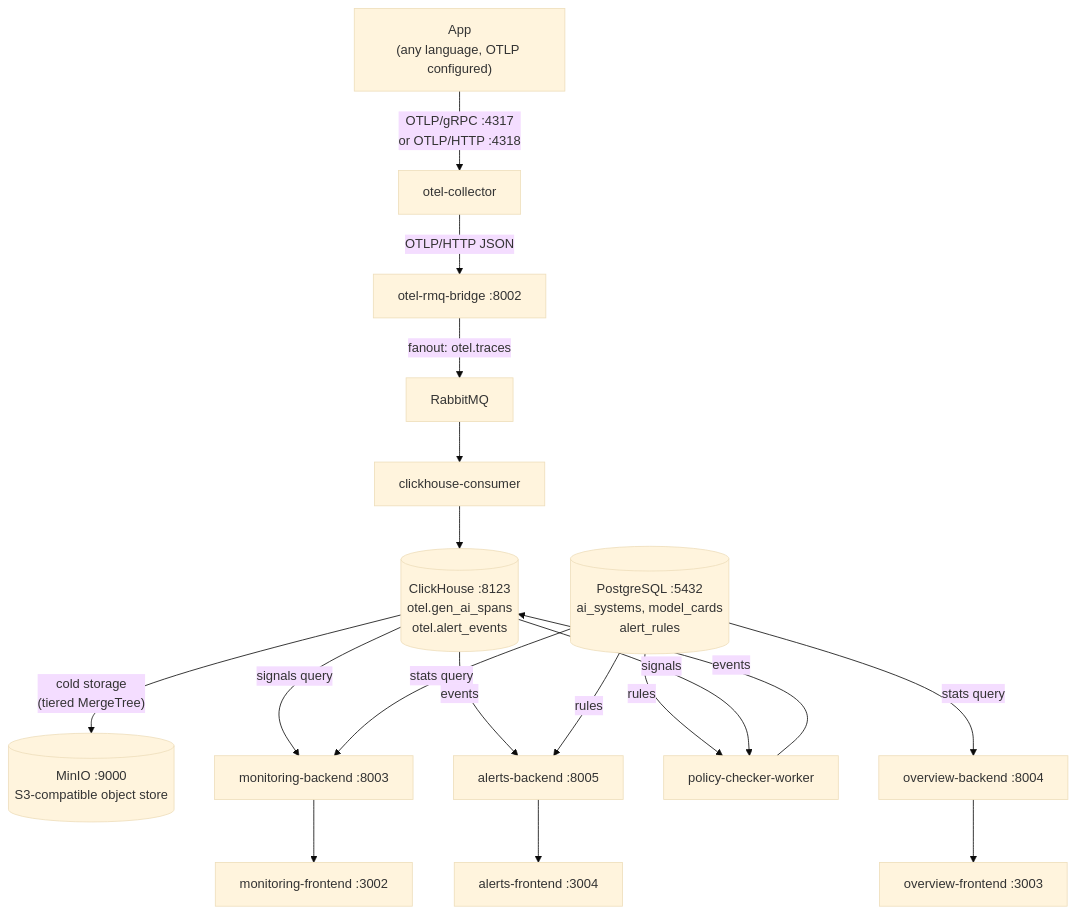
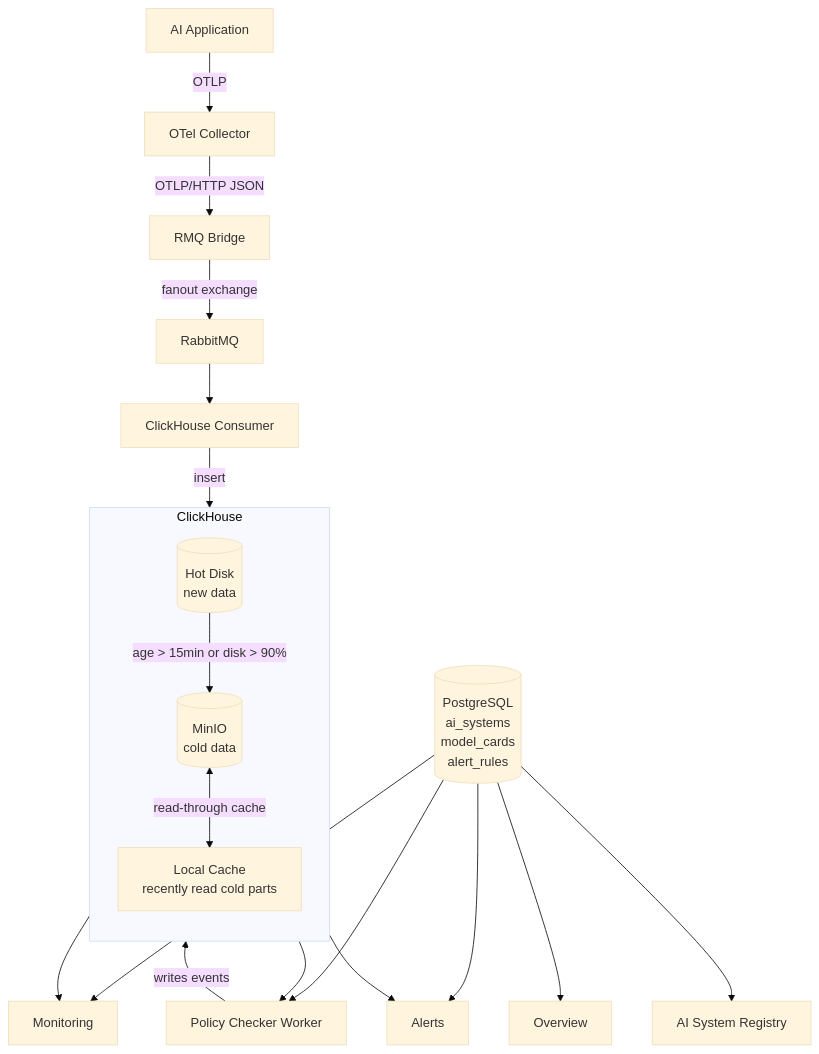
One commit to AI-Trust-Services/ai-trust-platform changed the first of 2 diagrams in docs/architecture.md. Above: the diagram before and after it, drawn with Mermaid (base theme). The commit also changed other lines of this file and 1 other file, not shown here.

Commit message:
Minio caching with clickhouse (#56)
* Minio caching with clickhouse

* update architecture.md

* modify storage.xml

* modify architecture.md

* refactor

````diff
--- a/docs/architecture.md
+++ b/docs/architecture.md
@@ -57,22 +57,28 @@
 ```mermaid
 flowchart TD
-    App["App\n(any language, OTLP configured)"]
+    App["AI Application"]
 
-    App -->|"OTLP/gRPC :4317\nor OTLP/HTTP :4318"| Collector["otel-collector"]
-    Collector -->|"OTLP/HTTP JSON"| Bridge["otel-rmq-bridge :8002"]
-    Bridge -->|"fanout: otel.traces"| RMQ["RabbitMQ"]
-    RMQ --> CH["clickhouse-consumer"]
-    CH --> ClickHouse[("ClickHouse :8123\notel.gen_ai_spans\notel.alert_events")]
-    ClickHouse -->|"cold storage\n(tiered MergeTree)"| MinIO[("MinIO :9000\nS3-compatible object store")]
-    ClickHouse -->|"signals query"| MonBackend["monitoring-backend :8003"]
-    PG[("PostgreSQL :5432\nai_systems, model_cards\nalert_rules")] -->|"stats query"| MonBackend
-    MonBackend --> MonFE["monitoring-frontend :3002"]
-    PG -->|"stats query"| OvBackend["overview-backend :8004"]
-    OvBackend --> OvFE["overview-frontend :3003"]
-    PG -->|"rules"| AlertWorker["policy-checker-worker"]
-    ClickHouse -->|"signals"| AlertWorker
-    AlertWorker -->|"events"| ClickHouse
-    ClickHouse -->|"events"| AlertBackend["alerts-backend :8005"]
-    PG -->|"rules"| AlertBackend
-    AlertBackend --> AlertFE["alerts-frontend :3004"]
+    App -->|OTLP| Collector["OTel Collector"]
+    Collector -->|OTLP/HTTP JSON| Bridge["RMQ Bridge"]
+    Bridge -->|fanout exchange| RMQ["RabbitMQ"]
+    RMQ --> Consumer["ClickHouse Consumer"]
+
+    subgraph ClickHouse["ClickHouse"]
+        direction TB
+        Hot[("Hot Disk\nnew data")]
+        Hot -->|"age > 15min or disk > 90%"| MinIO[("MinIO\ncold data")]
+        MinIO <-->|"read-through cache"| Cache["Local Cache\nrecently read cold parts"]
+    end
+
+    Consumer -->|insert| Hot
+
+    ClickHouse --> Monitoring["Monitoring"]
+    ClickHouse --> Alerts["Alerts"]
+    PG[("PostgreSQL\nai_systems\nmodel_cards\nalert_rules")] --> Monitoring
+    PG --> Overview["Overview"]
+    PG --> Registry["AI System Registry"]
+    PG --> AlertWorker["Policy Checker Worker"]
+    ClickHouse --> AlertWorker
+    AlertWorker -->|writes events| ClickHouse
+    PG --> Alerts
 ```
````
